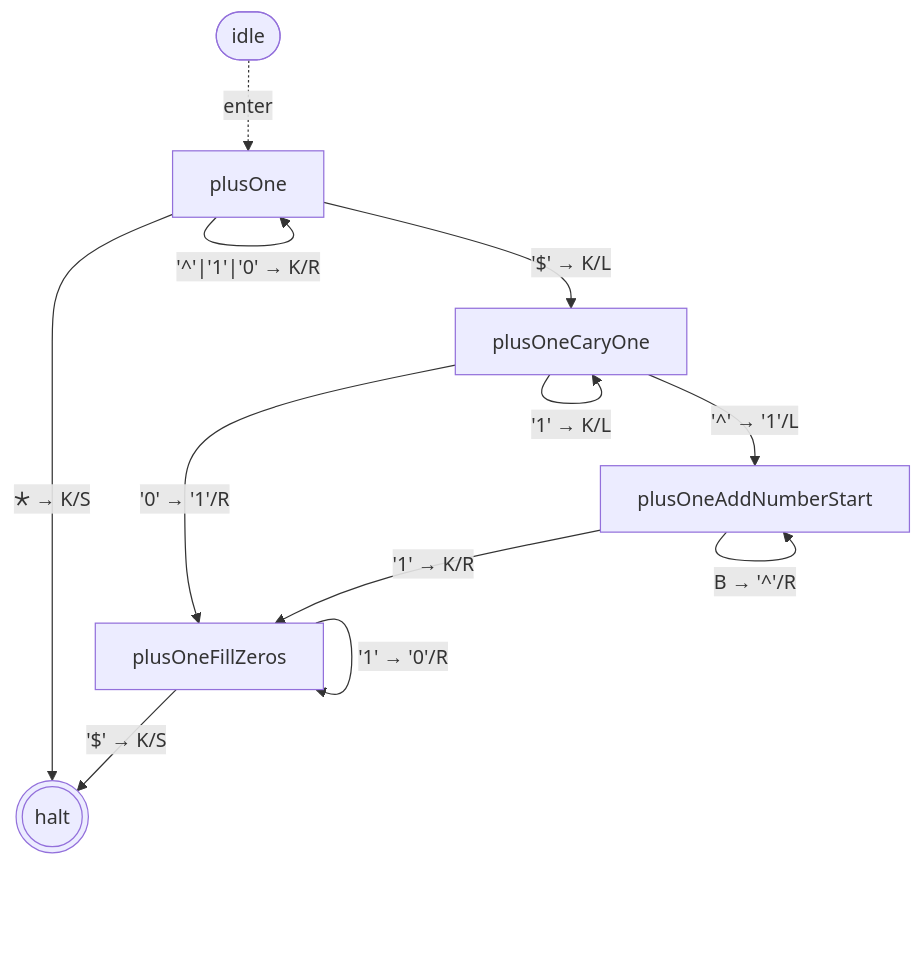
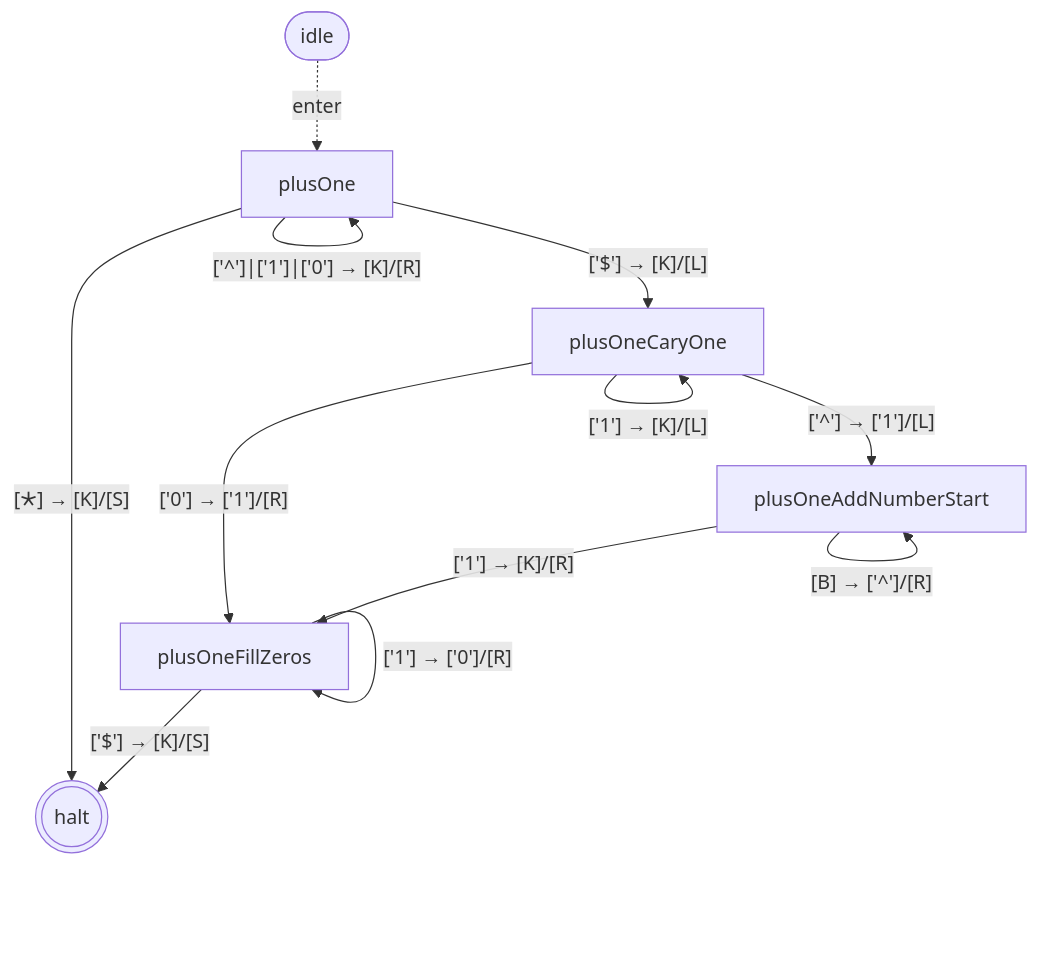
One commit to mellonis/turing-machine-js changed the eighth of 10 diagrams in packages/library-binary-numbers/states.md. Above: the diagram before and after it, drawn with Mermaid. The commit also changed other lines of this file and 15 other files, not shown here.

````diff
--- a/packages/library-binary-numbers/states.md
+++ b/packages/library-binary-numbers/states.md
@@ -153,21 +153,21 @@
 ```mermaid
 flowchart TD
 %% alphabets: [[" ","^","$","0","1"]]
   s0(((halt)))
   s16["plusOneFillZeros"]
   s17["plusOneAddNumberStart"]
   s18["plusOneCaryOne"]
   s19["plusOne"]
   idle([idle])
   idle -. enter .-> s19
-  s16 -- "'1' → '0'/R" --> s16
-  s16 -- "'$' → K/S" --> s0
-  s17 -- "B → '^'/R" --> s17
-  s17 -- "'1' → K/R" --> s16
-  s18 -- "'0' → '1'/R" --> s16
-  s18 -- "'1' → K/L" --> s18
-  s18 -- "'^' → '1'/L" --> s17
-  s19 -- "'^'|'1'|'0' → K/R" --> s19
-  s19 -- "'$' → K/L" --> s18
-  s19 -- "🞰 → K/S" --> s0
+  s16 -- "['1'] → ['0']/[R]" --> s16
+  s16 -- "['$'] → [K]/[S]" --> s0
+  s17 -- "[B] → ['^']/[R]" --> s17
+  s17 -- "['1'] → [K]/[R]" --> s16
+  s18 -- "['0'] → ['1']/[R]" --> s16
+  s18 -- "['1'] → [K]/[L]" --> s18
+  s18 -- "['^'] → ['1']/[L]" --> s17
+  s19 -- "['^']|['1']|['0'] → [K]/[R]" --> s19
+  s19 -- "['$'] → [K]/[L]" --> s18
+  s19 -- "[🞰] → [K]/[S]" --> s0
 ```
````
